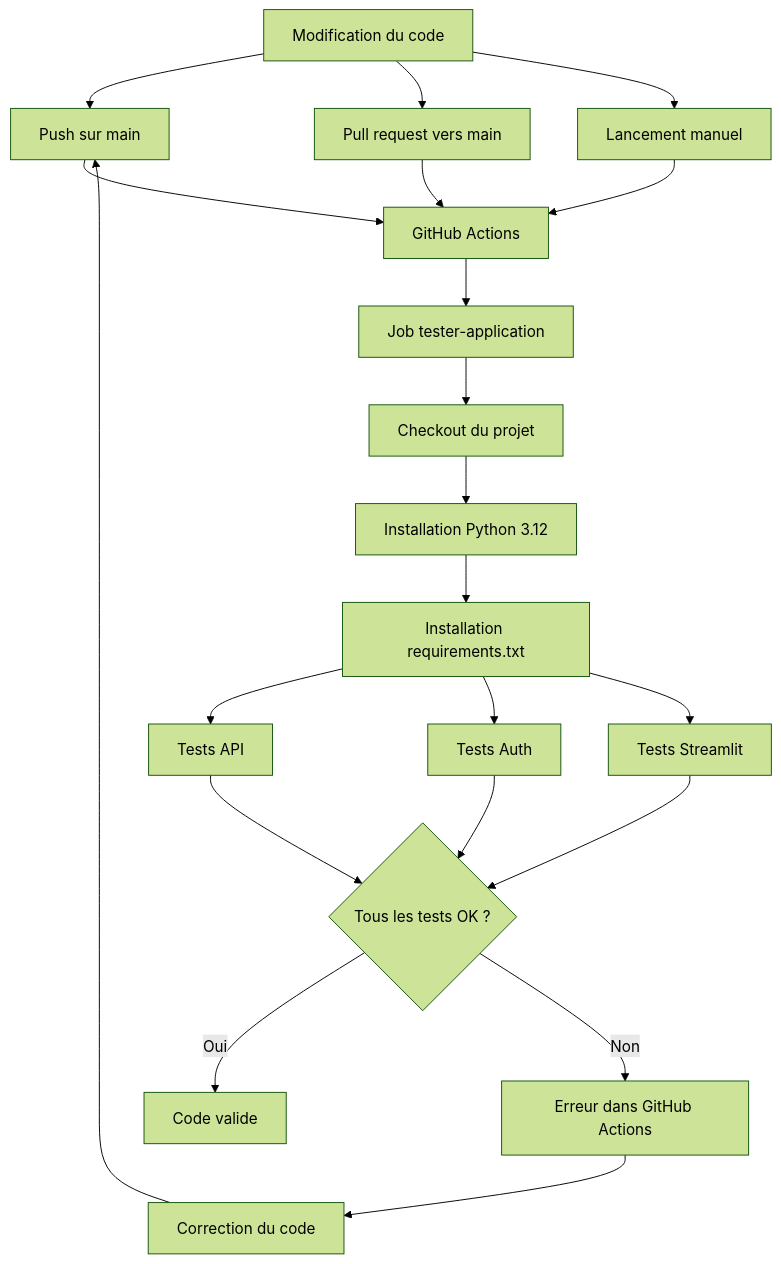
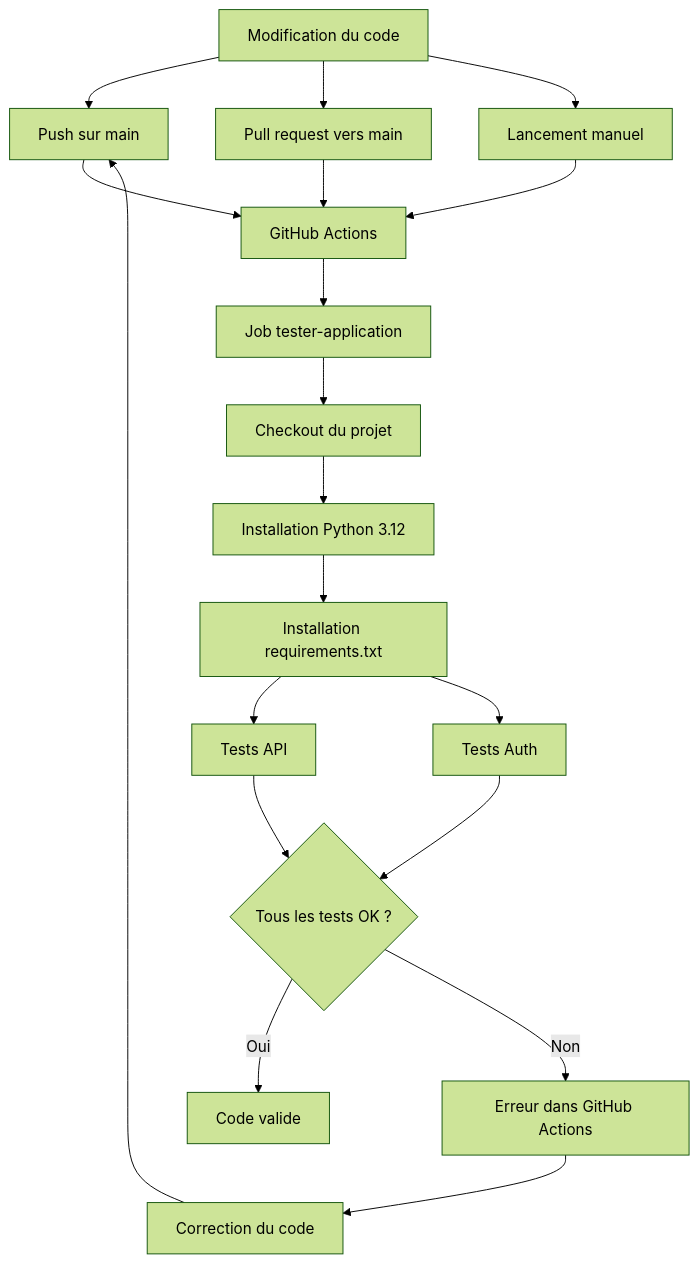
The diagram in docs/bloc3/Rapport competence C18.md (sabderma/immobilier-paris-ia), drawn with Mermaid (forest theme) before and after one commit. The commit also changed other lines of this file and 14 other files, not shown here.

````diff
--- a/docs/bloc3/Rapport competence C18.md
+++ b/docs/bloc3/Rapport competence C18.md
@@ -64,27 +63,25 @@
 ```mermaid
 flowchart TD
     A["Modification du code"] --> B["Push sur main"]
     A --> C["Pull request vers main"]
     A --> D["Lancement manuel"]
 
     B --> E["GitHub Actions"]
     C --> E
     D --> E
 
     E --> F["Job tester-application"]
     F --> G["Checkout du projet"]
     G --> H["Installation Python 3.12"]
     H --> I["Installation requirements.txt"]
     I --> J["Tests API"]
     I --> K["Tests Auth"]
-    I --> L["Tests Streamlit"]
 
     J --> M{"Tous les tests OK ?"}
     K --> M
-    L --> M
 
     M -->|Oui| N["Code valide"]
     M -->|Non| O["Erreur dans GitHub Actions"]
     O --> P["Correction du code"]
     P --> B
 ```
````
